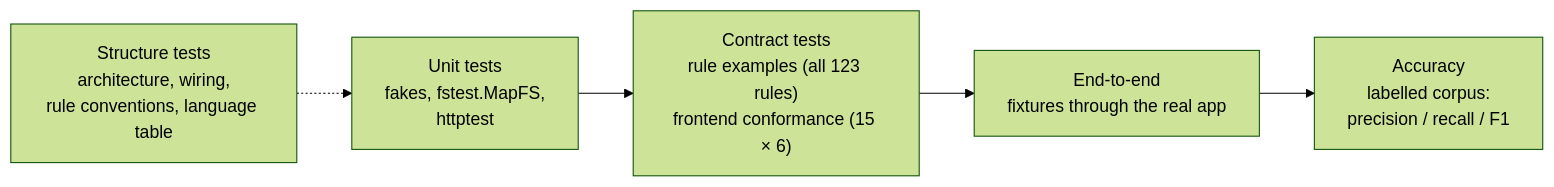
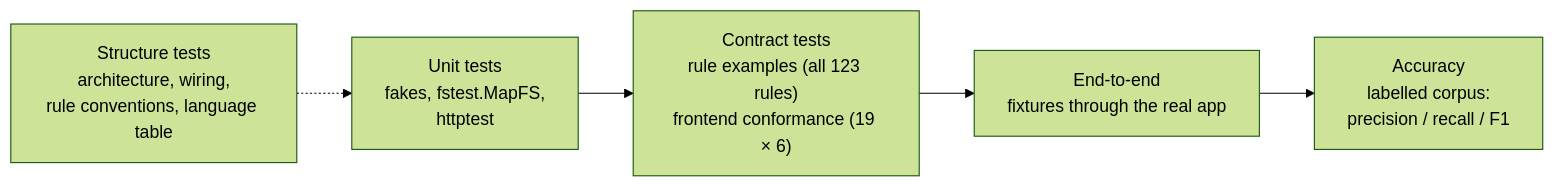
Before and after one commit to GoNetTools/datawarden: the fifth of 5 diagrams in docs/ARCHITECTURE.md, drawn with Mermaid (forest theme). The commit also changed other lines of this file and 25 other files, not shown here.

````diff
--- a/docs/ARCHITECTURE.md
+++ b/docs/ARCHITECTURE.md
@@ -323,7 +324,7 @@
 ```mermaid
 flowchart LR
-    U["Unit tests<br/>fakes, fstest.MapFS,<br/>httptest"] --> C["Contract tests<br/>rule examples (all 123 rules)<br/>frontend conformance (15 × 6)"]
+    U["Unit tests<br/>fakes, fstest.MapFS,<br/>httptest"] --> C["Contract tests<br/>rule examples (all 123 rules)<br/>frontend conformance (19 × 6)"]
     C --> E["End-to-end<br/>fixtures through the real app"]
     E --> A["Accuracy<br/>labelled corpus:<br/>precision / recall / F1"]
     S["Structure tests<br/>architecture, wiring,<br/>rule conventions, language table"] -.-> U
 ```
````
